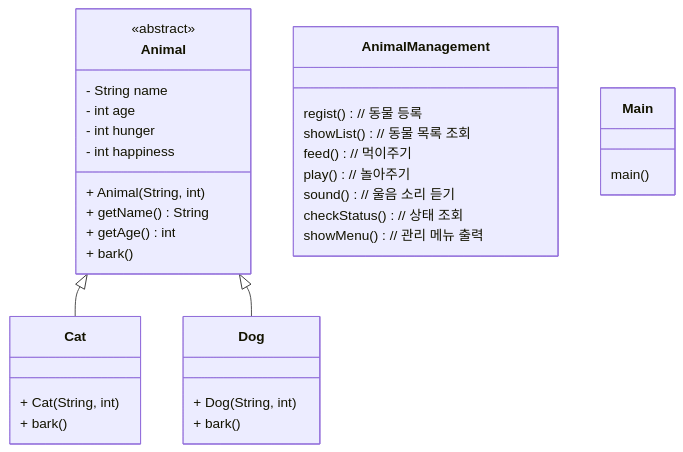
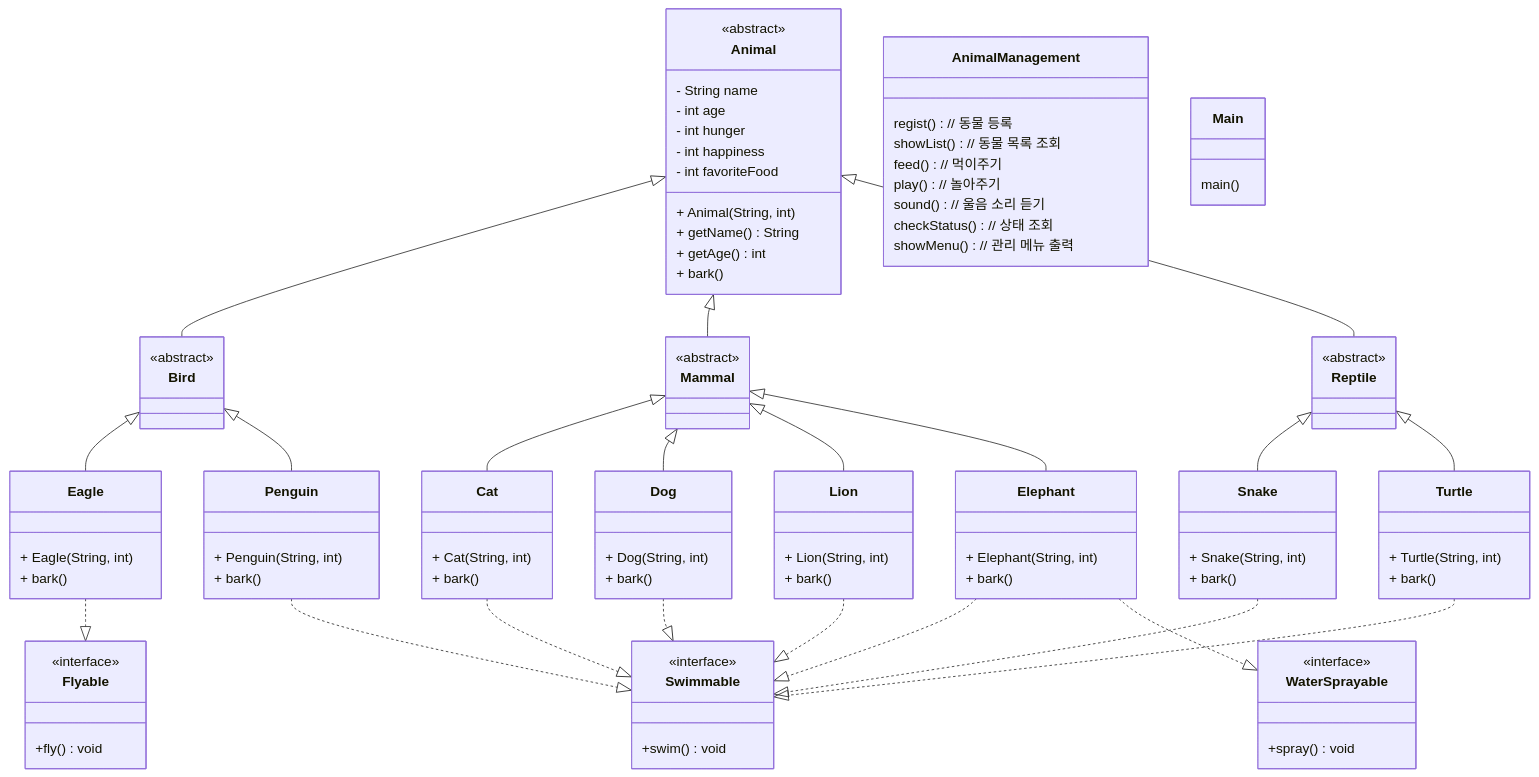
Before and after one commit to foresty110/AnimalManager: the diagram in README.md, drawn with Mermaid.

Commit message:
docs : README 업데이트 - 중간 분류 클래스, 동물 클래스, 동물 고유 능력 인터페이스 추가

````diff
--- a/README.md
+++ b/README.md
@@ -5,14 +5,71 @@
 classDiagram
 
 class Animal {
-<<abstract>>
+	<<abstract>>
   - String name
   - int age
   - int hunger
   - int happiness
+  - int favoriteFood
   + Animal(String, int)
   + getName() String
   + getAge() int
+  + bark()
+}
+
+class Bird {
+	<<abstract>>
+}
+
+class Mammal {
+	<<abstract>>
+}
+class Reptile {
+	<<abstract>>
+}
+
+class Flyable {
+	<<interface>>
+	+fly() void
+}
+
+class Swimmable {
+	<<interface>>
+	+swim() void
+}
+
+class WaterSprayable {
+	<<interface>>
+	+spray() void
+}
+
+class Eagle {
+  + Eagle(String, int)
+  + bark()
+}
+
+class Penguin {
+  + Penguin(String, int)
+  + bark()
+}
+
+class Lion {
+  + Lion(String, int)
+  + bark()
+}
+
+class Elephant {
+  + Elephant(String, int)
+  + bark()
+}
+
+class Snake {
+  + Snake(String, int)
+  + bark()
+}
+
+class Turtle {
+  + Turtle(String, int)
   + bark()
 }
 
@@ -40,6 +97,30 @@
 	main()
 }
 
-Animal <|-- Cat
-Animal <|-- Dog
+Animal <|-- Bird
+Animal <|-- Mammal
+Animal <|-- Reptile
+
+Bird <|-- Eagle
+Bird <|-- Penguin
+
+Mammal <|-- Cat
+Mammal <|-- Dog
+Mammal <|-- Lion
+Mammal <|-- Elephant
+
+Reptile <|-- Snake
+Reptile <|-- Turtle
+
+Eagle ..|> Flyable
+
+Penguin ..|> Swimmable
+Cat ..|> Swimmable
+Dog ..|> Swimmable
+Lion ..|> Swimmable
+Elephant ..|> Swimmable
+Snake ..|> Swimmable
+Turtle ..|> Swimmable
+
+Elephant ..|> WaterSprayable
 ```
````
